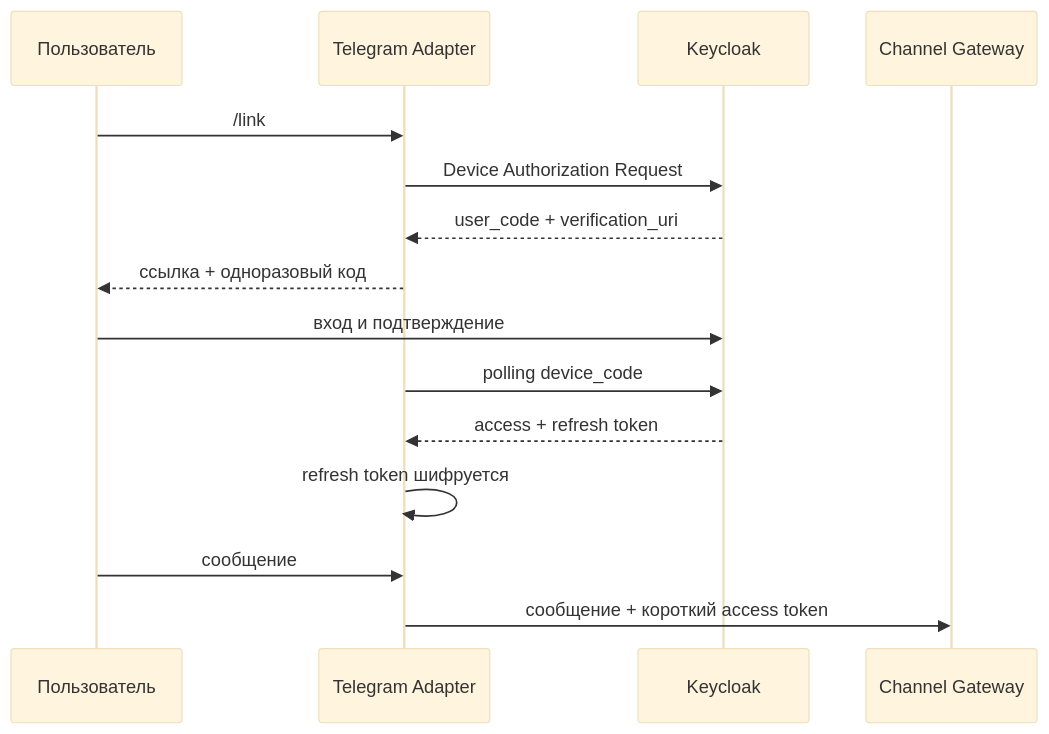
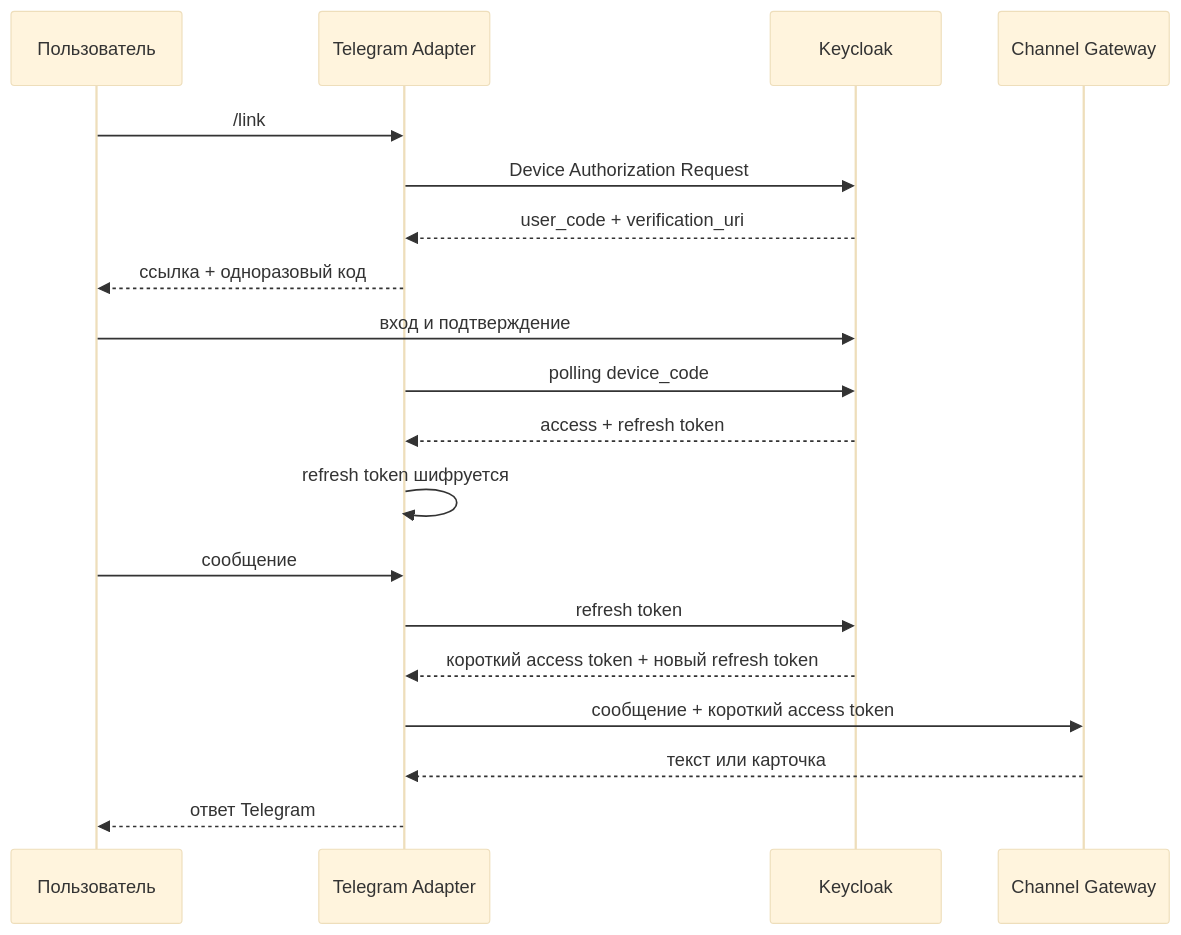
The diagram in docs/architecture.md (portable-agent/telegram-adapter), drawn with Mermaid (base theme) before and after one commit. The commit also changed other lines of this file and 23 other files, not shown here.

````diff
--- a/docs/architecture.md
+++ b/docs/architecture.md
@@ -3,18 +3,22 @@
 ```mermaid
 sequenceDiagram
     participant User as Пользователь
     participant Bot as Telegram Adapter
     participant Id as Keycloak
     participant Edge as Channel Gateway
 
     User->>Bot: /link
     Bot->>Id: Device Authorization Request
     Id-->>Bot: user_code + verification_uri
     Bot-->>User: ссылка + одноразовый код
     User->>Id: вход и подтверждение
     Bot->>Id: polling device_code
     Id-->>Bot: access + refresh token
     Bot->>Bot: refresh token шифруется
     User->>Bot: сообщение
+    Bot->>Id: refresh token
+    Id-->>Bot: короткий access token + новый refresh token
     Bot->>Edge: сообщение + короткий access token
+    Edge-->>Bot: текст или карточка
+    Bot-->>User: ответ Telegram
 ```
````
